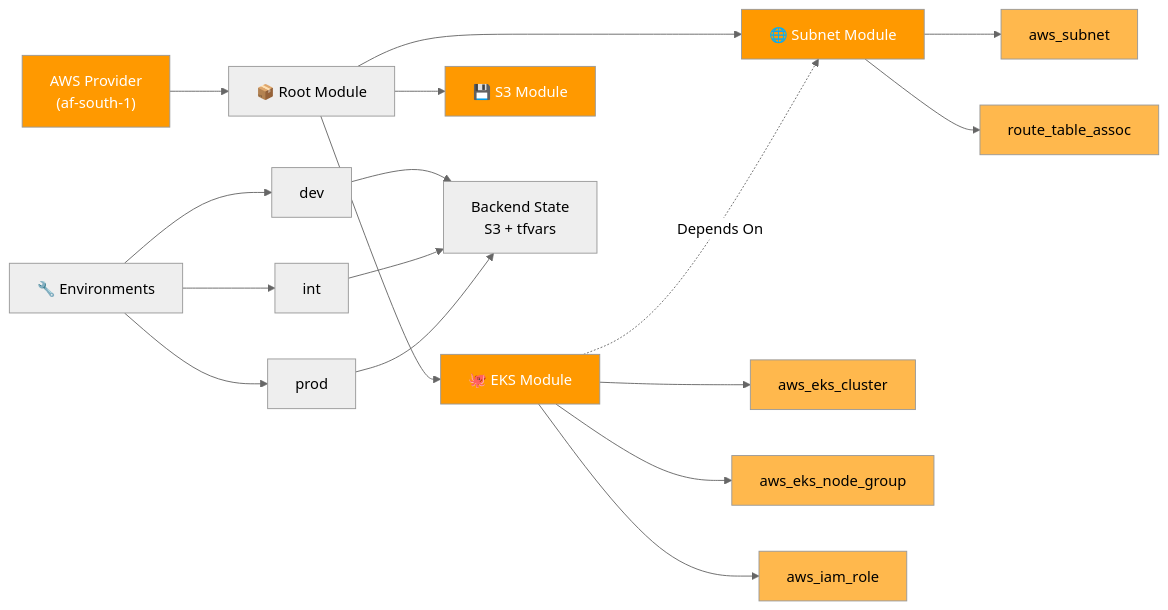
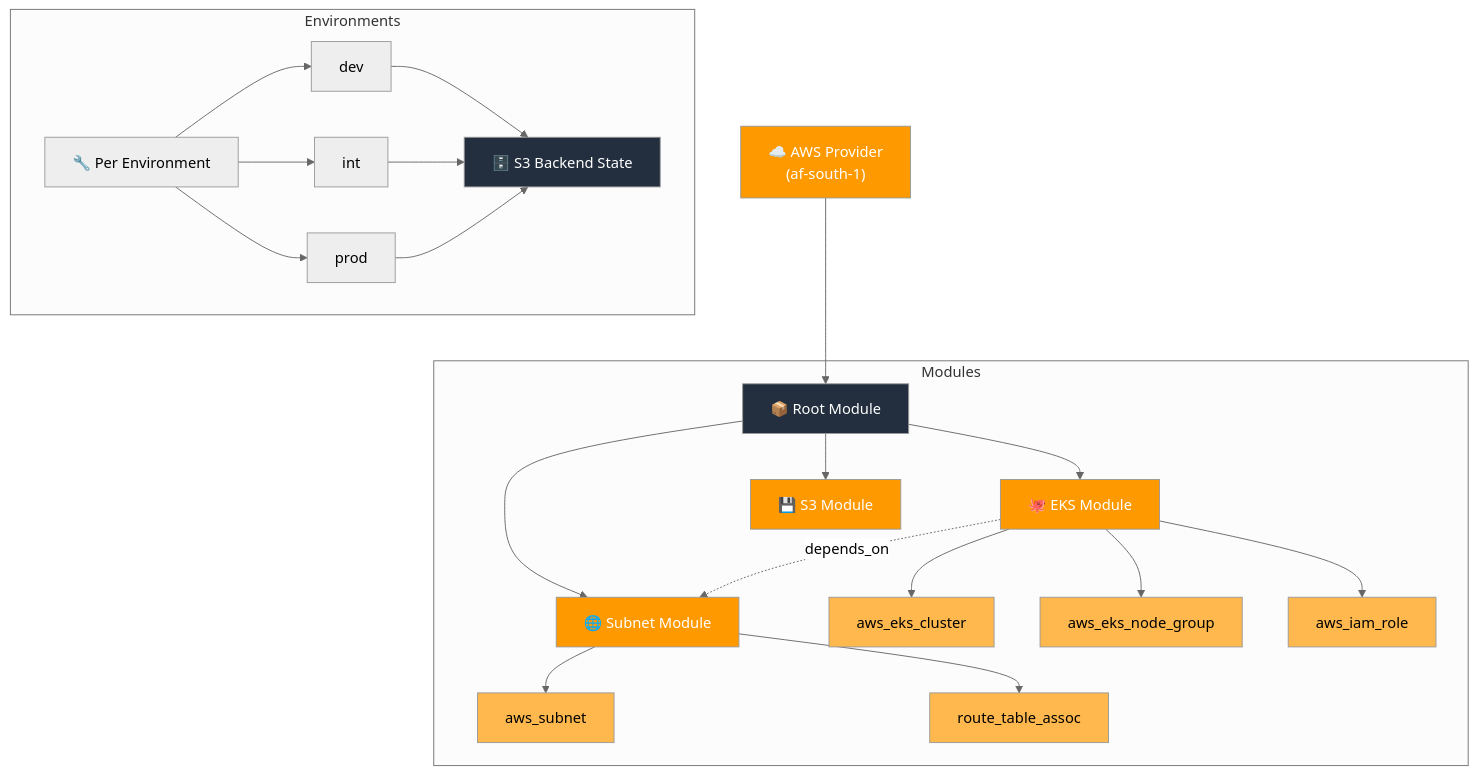
Before and after one commit to Kayla-LeeJ/capitec-terraform-project: the diagram in README.md, drawn with Mermaid (neutral theme). The commit also changed other lines of this file, not shown here.

Commit message:
Refactor README.md: streamline project overview, enhance architecture diagram, and update usage instructions

````diff
--- a/README.md
+++ b/README.md
@@ -20,35 +13,35 @@
 ```mermaid
-graph LR
-    A["AWS Provider<br/>(af-south-1)"] --> B["📦 Root Module"]
-    
-    B --> SN["🌐 Subnet Module"]
-    B --> EKS["🐙 EKS Module"]
-    B --> S3["💾 S3 Module"]
-    
-    SN --> SN1["aws_subnet"]
-    SN --> SN2["route_table_assoc"]
-    
-    EKS --> EKS1["aws_eks_cluster"]
-    EKS --> EKS2["aws_eks_node_group"]
-    EKS --> EKS3["aws_iam_role"]
-    
-    EKS -.Depends On.-> SN
-    
-    C["🔧 Environments"] --> D["dev"]
-    C --> E["int"]
-    C --> F["prod"]
-    
-    D --> G["Backend State<br/>S3 + tfvars"]
-    E --> G
-    F --> G
-    
+graph TB
+    A["☁️ AWS Provider<br/>(af-south-1)"] --> B["📦 Root Module"]
+
+    subgraph Modules
+        B --> SN["🌐 Subnet Module"]
+        B --> EKS["🐙 EKS Module"]
+        B --> S3["💾 S3 Module"]
+        SN --> SN1["aws_subnet"]
+        SN --> SN2["route_table_assoc"]
+        EKS --> EKS1["aws_eks_cluster"]
+        EKS --> EKS2["aws_eks_node_group"]
+        EKS --> EKS3["aws_iam_role"]
+        EKS -. depends_on .-> SN
+    end
+
+    subgraph Environments
+        C["🔧 Per Environment"] --> D["dev"]
+        C --> E["int"]
+        C --> F["prod"]
+        D & E & F --> G["🗄️ S3 Backend State"]
+    end
+
     style A fill:#FF9900,color:#fff
+    style B fill:#232F3E,color:#fff
+    style SN fill:#FF9900,color:#fff
     style EKS fill:#FF9900,color:#fff
-    style SN fill:#FF9900,color:#fff
     style S3 fill:#FF9900,color:#fff
+    style SN1 fill:#FFB84D,color:#000
+    style SN2 fill:#FFB84D,color:#000
     style EKS1 fill:#FFB84D,color:#000
     style EKS2 fill:#FFB84D,color:#000
     style EKS3 fill:#FFB84D,color:#000
-    style SN1 fill:#FFB84D,color:#000
-    style SN2 fill:#FFB84D,color:#000
+    style G fill:#232F3E,color:#fff
 ```
````
